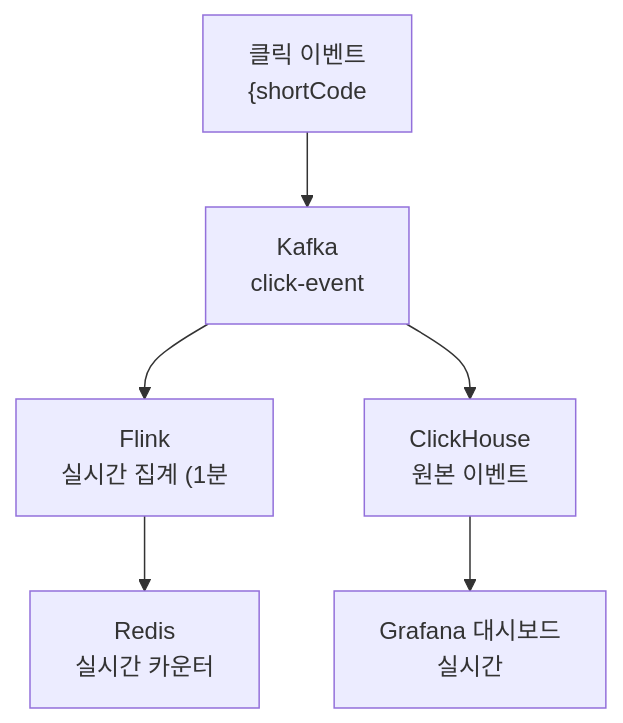
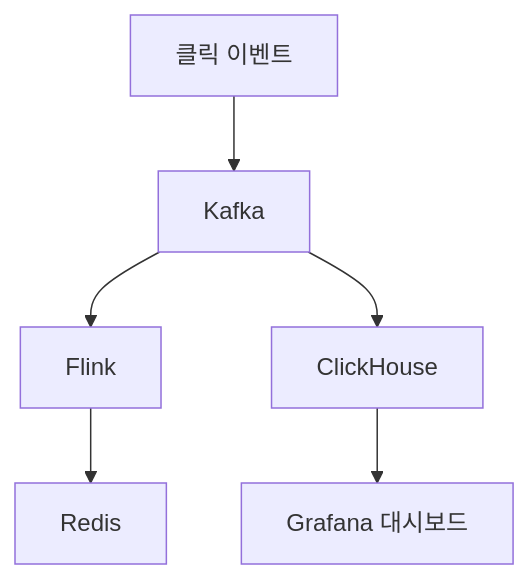
Before and after one commit to yjkim2015/yjkim2015.github.io: the sixth of 8 diagrams in _posts/systemdesign/2026-05-02-system-design-url-shortener.md, drawn with Mermaid. The commit also changed other lines of this file and 217 other files, not shown here.

First line of the commit message:
Mermaid 크기 수정: useMaxWidth:true + SVG max-width:100% + 라벨 축소

````diff
--- a/_posts/systemdesign/2026-05-02-system-design-url-shortener.md
+++ b/_posts/systemdesign/2026-05-02-system-design-url-shortener.md
@@ -239,8 +239,8 @@
 ```mermaid
 graph TD
-    Click["클릭 이벤트\n{shortCode"] --> Kafka["Kafka\nclick-event"]
-    Kafka --> Flink["Flink\n실시간 집계 (1분"]
-    Kafka --> CH["ClickHouse\n원본 이벤트"]
-    Flink --> Redis["Redis\n실시간 카운터"]
-    CH --> Dashboard["Grafana 대시보드\n실시간"]
+    Click["클릭 이벤트"] --> Kafka["Kafka"]
+    Kafka --> Flink["Flink"]
+    Kafka --> CH["ClickHouse"]
+    Flink --> Redis["Redis"]
+    CH --> Dashboard["Grafana 대시보드"]
 ```
````
